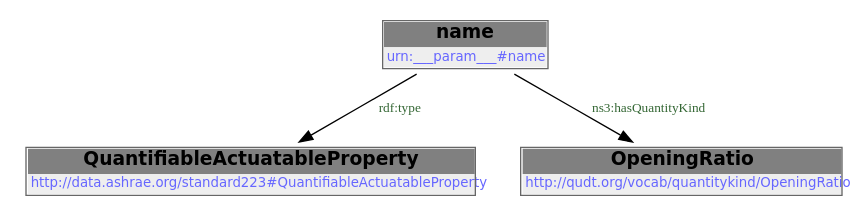
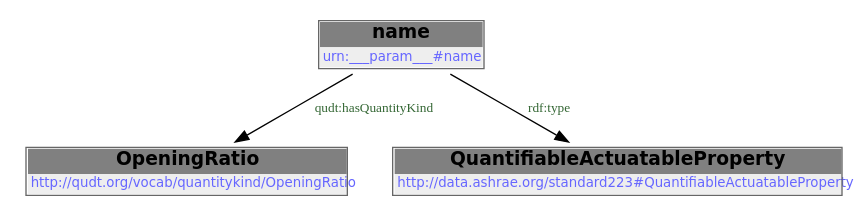
One commit to DataDrivenCPS/water-ontology changed the diagram in docs/libraries/templates/opening-command.rst. Above: the diagram before and after it, drawn with Graphviz. The commit also changed other lines of this file and 83 other files, not shown here.

```diff
--- a/docs/libraries/templates/opening-command.rst
+++ b/docs/libraries/templates/opening-command.rst
@@ -56,10 +49,13 @@
-        .. graphviz::
+.. graphviz::
 
-                digraph G {
-            node [fontname="DejaVu Sans"];
-            node0 -> node1 [color=BLACK, label=< <font point-size='10' color='#336633'>rdf:type</font> >];
-            node0 -> node2 [color=BLACK, label=< <font point-size='10' color='#336633'>ns3:hasQuantityKind</font> >];
-            node0 [shape=none, color=black, label=< <table color='#666666' cellborder='0' cellspacing='0' border='1'><tr><td colspan='2' bgcolor='grey'><B>name</B></td></tr><tr><td href='urn:___param___#name' bgcolor='#eeeeee' colspan='2'><font point-size='10' color='#6666ff'>urn:___param___#name</font></td></tr></table> >];
-            node1 [shape=none, color=black, label=< <table color='#666666' cellborder='0' cellspacing='0' border='1'><tr><td colspan='2' bgcolor='grey'><B>QuantifiableActuatableProperty</B></td></tr><tr><td href='http://data.ashrae.org/standard223#QuantifiableActuatableProperty' bgcolor='#eeeeee' colspan='2'><font point-size='10' color='#6666ff'>http://data.ashrae.org/standard223#QuantifiableActuatableProperty</font></td></tr></table> >];
-            node2 [shape=none, color=black, label=< <table color='#666666' cellborder='0' cellspacing='0' border='1'><tr><td colspan='2' bgcolor='grey'><B>OpeningRatio</B></td></tr><tr><td href='http://qudt.org/vocab/quantitykind/OpeningRatio' bgcolor='#eeeeee' colspan='2'><font point-size='10' color='#6666ff'>http://qudt.org/vocab/quantitykind/OpeningRatio</font></td></tr></table> >];
-            }
+    digraph {
+     node [ fontname="DejaVu Sans" ] ;
+        node0 -> node1 [ color=BLACK, label=< <font point-size='10' color='#336633'>qudt:hasQuantityKind</font> > ] ;
+        node0 -> node2 [ color=BLACK, label=< <font point-size='10' color='#336633'>rdf:type</font> > ] ;
+    # urn:___param___#name node0
+    node0 [ shape=none, color=black label=< <table color='#666666' cellborder='0' cellspacing='0' border='1'><tr><td colspan='2' bgcolor='grey'><B>name</B></td></tr><tr><td href='urn:___param___#name' bgcolor='#eeeeee' colspan='2'><font point-size='10' color='#6666ff'>urn:___param___#name</font></td></tr></table> > ]
+    # http://qudt.org/vocab/quantitykind/OpeningRatio node1
+    node1 [ shape=none, color=black label=< <table color='#666666' cellborder='0' cellspacing='0' border='1'><tr><td colspan='2' bgcolor='grey'><B>OpeningRatio</B></td></tr><tr><td href='http://qudt.org/vocab/quantitykind/OpeningRatio' bgcolor='#eeeeee' colspan='2'><font point-size='10' color='#6666ff'>http://qudt.org/vocab/quantitykind/OpeningRatio</font></td></tr></table> > ]
+    # http://data.ashrae.org/standard223#QuantifiableActuatableProperty node2
+    node2 [ shape=none, color=black label=< <table color='#666666' cellborder='0' cellspacing='0' border='1'><tr><td colspan='2' bgcolor='grey'><B>QuantifiableActuatableProperty</B></td></tr><tr><td href='http://data.ashrae.org/standard223#QuantifiableActuatableProperty' bgcolor='#eeeeee' colspan='2'><font point-size='10' color='#6666ff'>http://data.ashrae.org/standard223#QuantifiableActuatableProperty</font></td></tr></table> > ]
+    }
```
